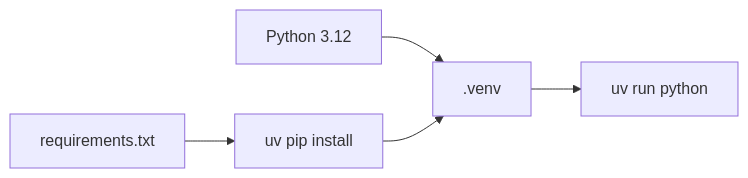
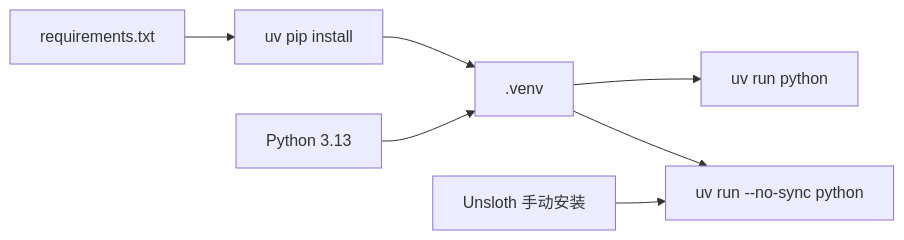
Before and after one commit to Lafinger/AgenticRAG-RL: the second of 16 diagrams in demo/README.md, drawn with Mermaid. The commit also changed other lines of this file, not shown here.

````diff
--- a/demo/README.md
+++ b/demo/README.md
@@ -68,7 +113,9 @@
 ```mermaid
 flowchart LR
     A["requirements.txt"] --> B["uv pip install"]
-    C["Python 3.12"] --> D[".venv"]
+    C["Python 3.13"] --> D[".venv"]
     B --> D
     D --> E["uv run python"]
+    F["Unsloth 手动安装"] --> G["uv run --no-sync python"]
+    D --> G
 ```
````
